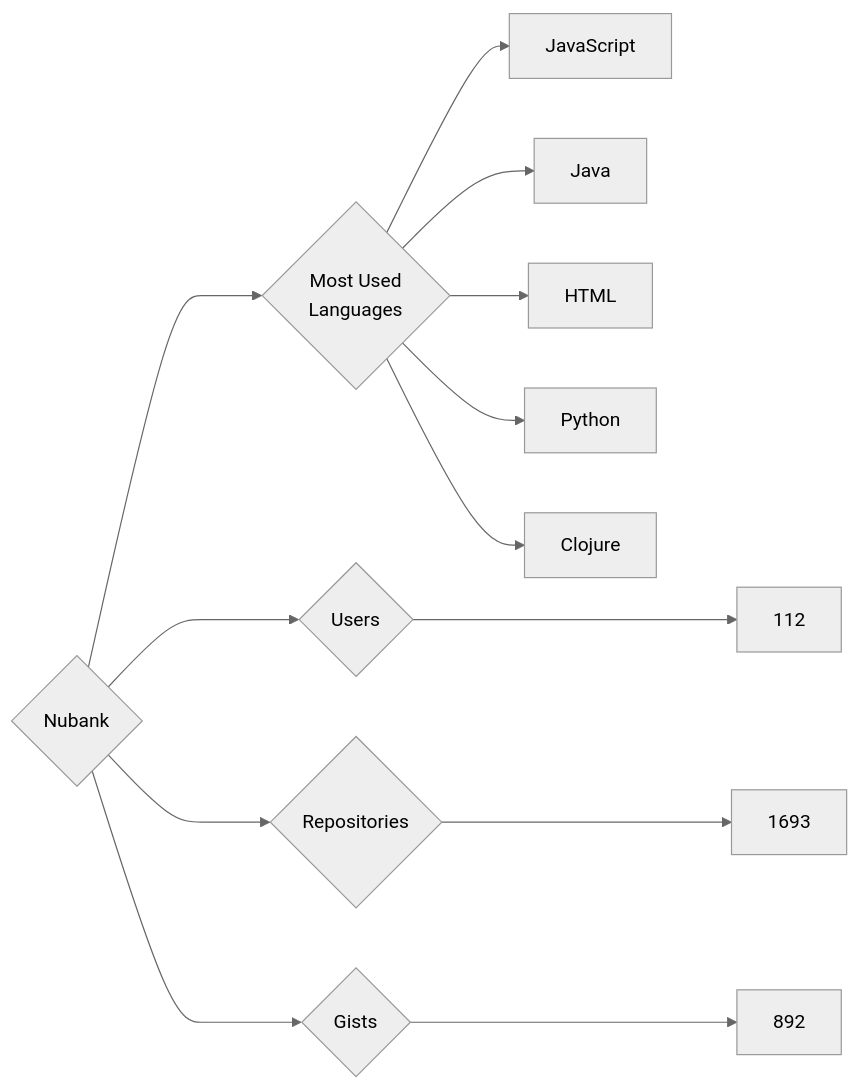
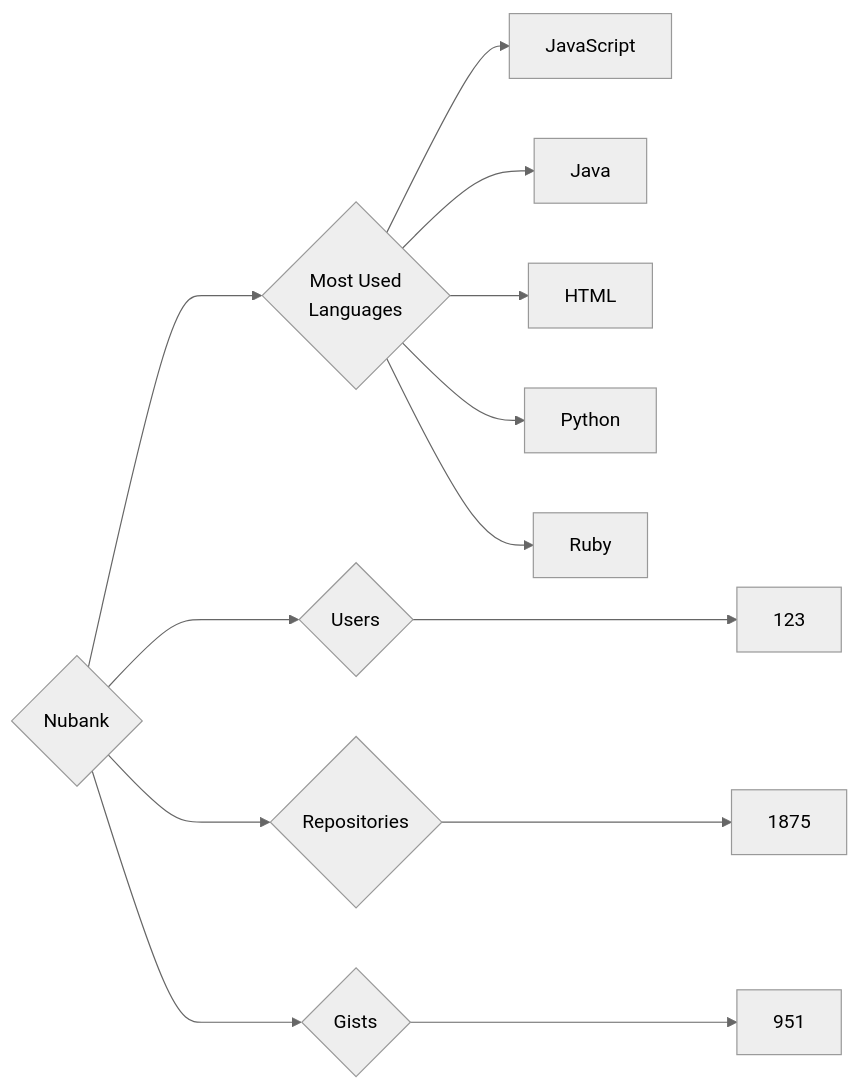
One commit to trickest/insiders changed the diagram in targets/Nubank/README.md. Above: the diagram before and after it, drawn with Mermaid (neutral theme). The commit also changed 1011 other files, not shown here.

````diff
--- a/targets/Nubank/README.md
+++ b/targets/Nubank/README.md
@@ -3,13 +3,13 @@
 ```mermaid
 graph LR
 COMPANY_NAME{Nubank}
-COMPANY_NAME ---> U{Users} ---> UN[112]
-COMPANY_NAME ---> R{Repositories} ---> RN[1693]
-COMPANY_NAME ---> G{Gists} ---> GN[892]
+COMPANY_NAME ---> U{Users} ---> UN[123]
+COMPANY_NAME ---> R{Repositories} ---> RN[1875]
+COMPANY_NAME ---> G{Gists} ---> GN[951]
 COMPANY_NAME ---> ML{Most Used<br>Languages}
 ML --> JavaScript[JavaScript]
 ML --> Java[Java]
 ML --> HTML[HTML]
 ML --> Python[Python]
-ML --> Clojure[Clojure]
+ML --> Ruby[Ruby]
 ```
````
